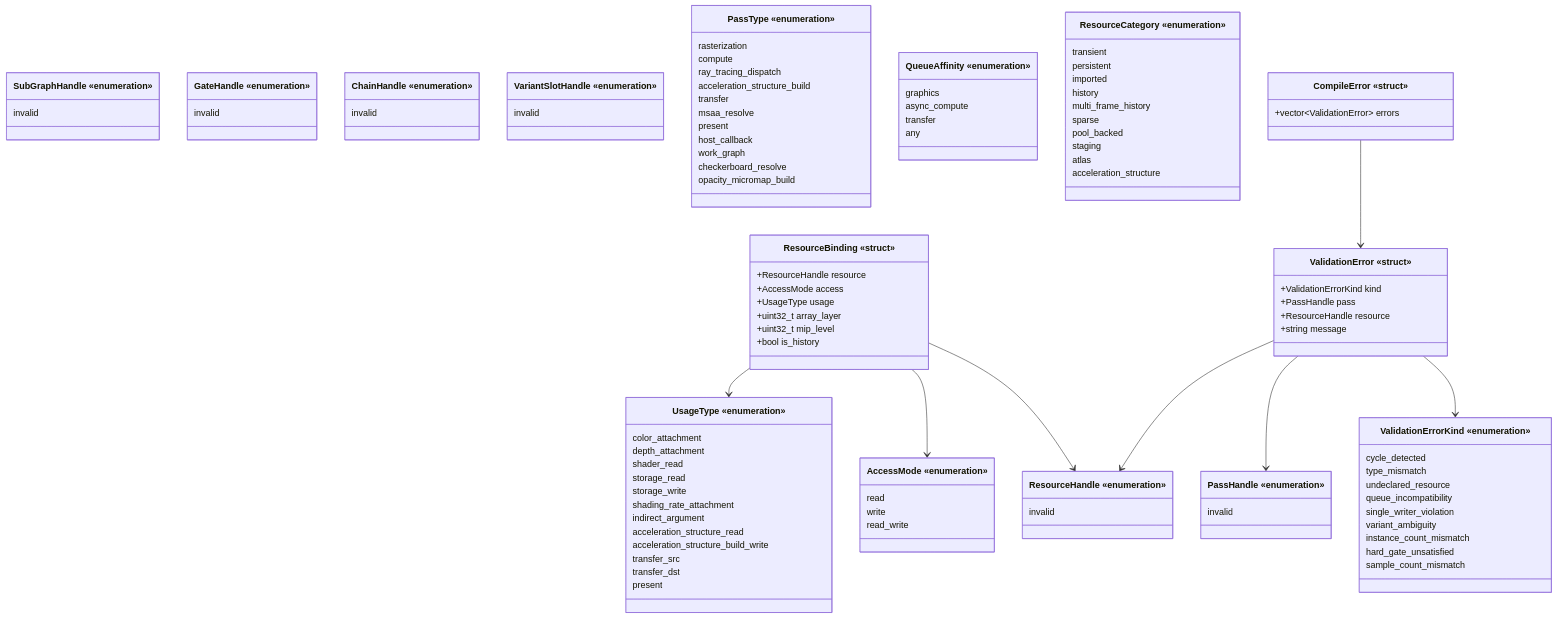
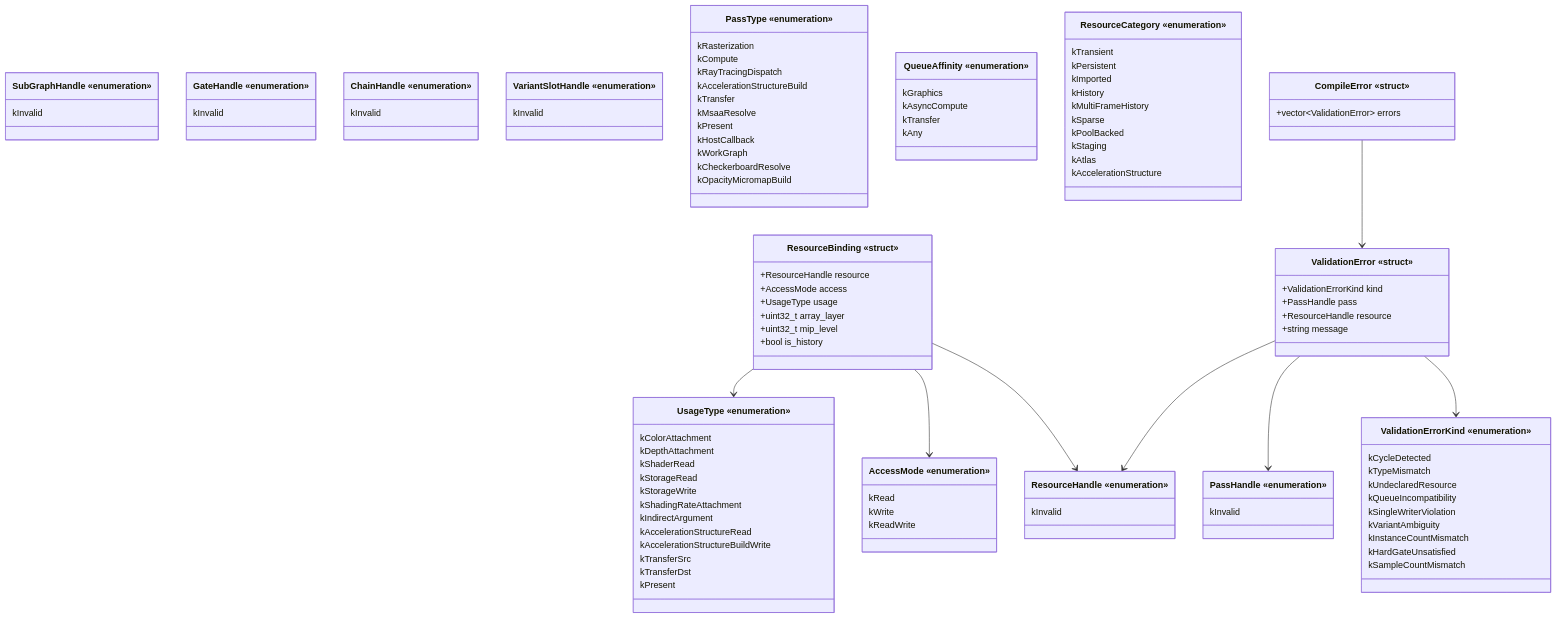
Before and after one commit to harmonius-dev/harmonius: the first of 15 diagrams in docs/design/render-graph-classes.md, drawn with Mermaid. The commit also changed other lines of this file and 67 other files, not shown here.

````diff
--- a/docs/design/render-graph-classes.md
+++ b/docs/design/render-graph-classes.md
@@ -36,72 +36,72 @@
 ```mermaid
 classDiagram
     class PassHandle["PassHandle «enumeration»"] {
-        invalid
+        kInvalid
     }
     class ResourceHandle["ResourceHandle «enumeration»"] {
-        invalid
+        kInvalid
     }
     class SubGraphHandle["SubGraphHandle «enumeration»"] {
-        invalid
+        kInvalid
     }
     class GateHandle["GateHandle «enumeration»"] {
-        invalid
+        kInvalid
     }
     class ChainHandle["ChainHandle «enumeration»"] {
-        invalid
+        kInvalid
     }
     class VariantSlotHandle["VariantSlotHandle «enumeration»"] {
-        invalid
+        kInvalid
     }
     class PassType["PassType «enumeration»"] {
-        rasterization
-        compute
-        ray_tracing_dispatch
-        acceleration_structure_build
-        transfer
-        msaa_resolve
-        present
-        host_callback
-        work_graph
-        checkerboard_resolve
-        opacity_micromap_build
+        kRasterization
+        kCompute
+        kRayTracingDispatch
+        kAccelerationStructureBuild
+        kTransfer
+        kMsaaResolve
+        kPresent
+        kHostCallback
+        kWorkGraph
+        kCheckerboardResolve
+        kOpacityMicromapBuild
     }
     class AccessMode["AccessMode «enumeration»"] {
-        read
-        write
-        read_write
+        kRead
+        kWrite
+        kReadWrite
     }
     class UsageType["UsageType «enumeration»"] {
-        color_attachment
-        depth_attachment
-        shader_read
-        storage_read
-        storage_write
-        shading_rate_attachment
-        indirect_argument
-        acceleration_structure_read
-        acceleration_structure_build_write
-        transfer_src
-        transfer_dst
-        present
+        kColorAttachment
+        kDepthAttachment
+        kShaderRead
+        kStorageRead
+        kStorageWrite
+        kShadingRateAttachment
+        kIndirectArgument
+        kAccelerationStructureRead
+        kAccelerationStructureBuildWrite
+        kTransferSrc
+        kTransferDst
+        kPresent
     }
     class QueueAffinity["QueueAffinity «enumeration»"] {
-        graphics
-        async_compute
-        transfer
-        any
+        kGraphics
+        kAsyncCompute
+        kTransfer
+        kAny
     }
     class ResourceCategory["ResourceCategory «enumeration»"] {
-        transient
-        persistent
-        imported
-        history
-        multi_frame_history
-        sparse
-        pool_backed
-        staging
-        atlas
-        acceleration_structure
+        kTransient
+        kPersistent
+        kImported
+        kHistory
+        kMultiFrameHistory
+        kSparse
+        kPoolBacked
+        kStaging
+        kAtlas
+        kAccelerationStructure
     }
     class ResourceBinding["ResourceBinding «struct»"] {
         +ResourceHandle resource
@@ -112,15 +112,15 @@
         +bool is_history
     }
     class ValidationErrorKind["ValidationErrorKind «enumeration»"] {
-        cycle_detected
-        type_mismatch
-        undeclared_resource
-        queue_incompatibility
-        single_writer_violation
-        variant_ambiguity
-        instance_count_mismatch
-        hard_gate_unsatisfied
-        sample_count_mismatch
+        kCycleDetected
+        kTypeMismatch
+        kUndeclaredResource
+        kQueueIncompatibility
+        kSingleWriterViolation
+        kVariantAmbiguity
+        kInstanceCountMismatch
+        kHardGateUnsatisfied
+        kSampleCountMismatch
     }
     class ValidationError["ValidationError «struct»"] {
         +ValidationErrorKind kind
````
